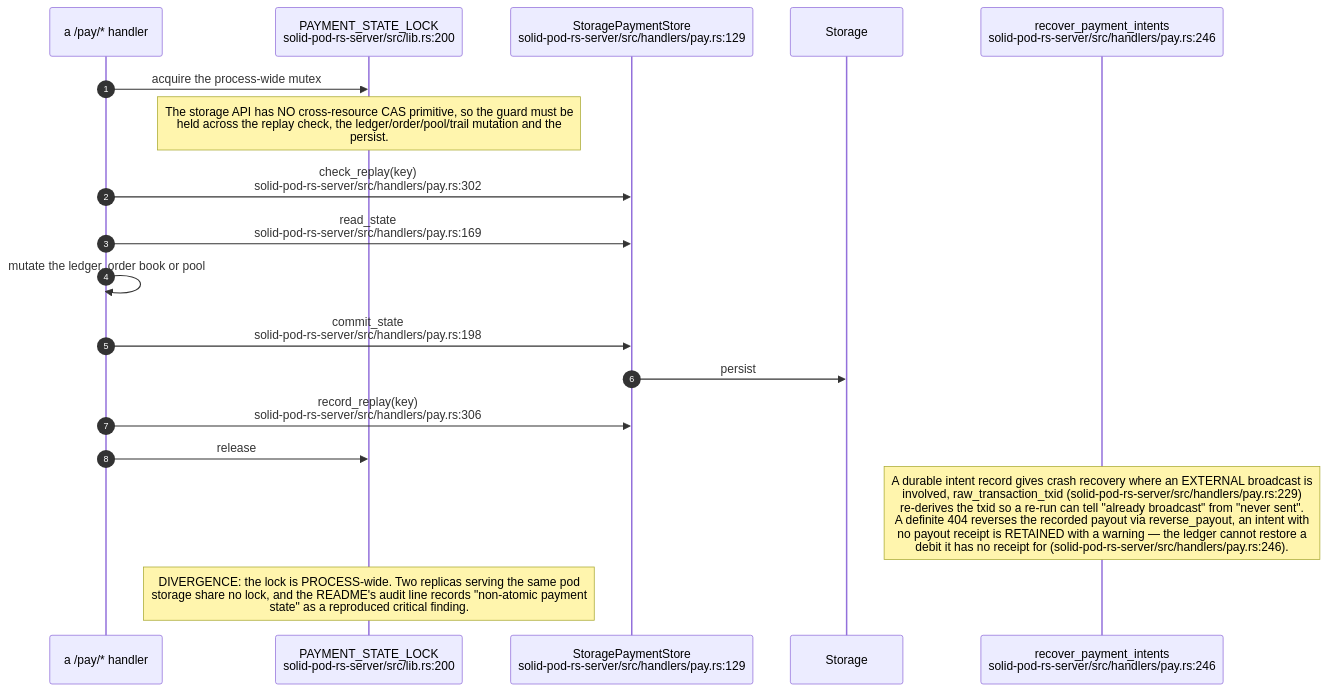
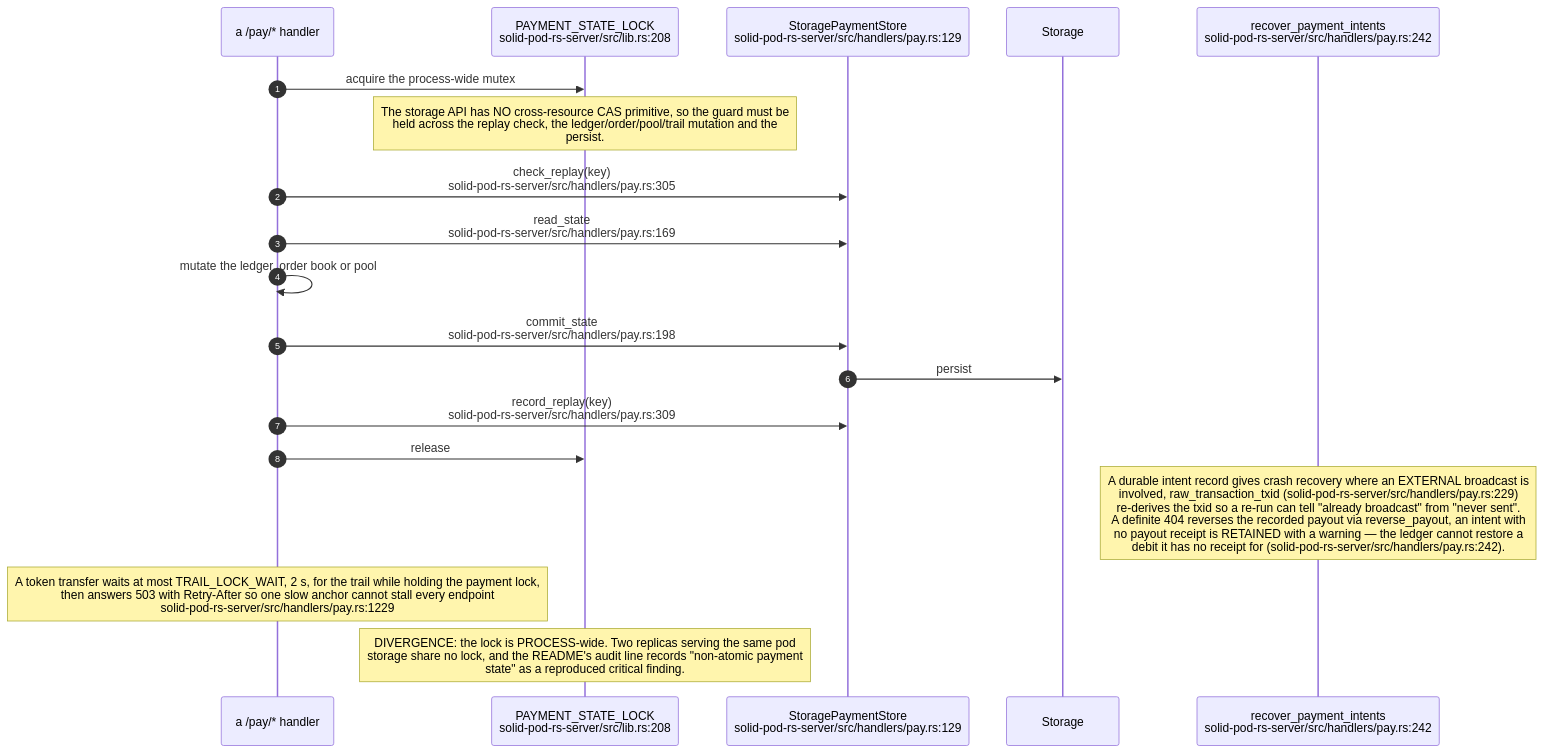
Before and after one commit to DreamLab-AI/VisionFlow: diagram 14 of 19 in docs/diagrams/solid-pod-rs/07-provenance-and-payments.md, drawn with Mermaid. The commit also changed other lines of this file and 160 other files, not shown here.

````diff
--- a/docs/diagrams/solid-pod-rs/07-provenance-and-payments.md
+++ b/docs/diagrams/solid-pod-rs/07-provenance-and-payments.md
@@ -441,22 +452,23 @@
 ```mermaid
 sequenceDiagram
     autonumber
     participant H as a /pay/* handler
-    participant L as PAYMENT_STATE_LOCK<br/>solid-pod-rs-server/src/lib.rs:200
+    participant L as PAYMENT_STATE_LOCK<br/>solid-pod-rs-server/src/lib.rs:208
     participant PS as StoragePaymentStore<br/>solid-pod-rs-server/src/handlers/pay.rs:129
     participant S as Storage
-    participant RC as recover_payment_intents<br/>solid-pod-rs-server/src/handlers/pay.rs:246
+    participant RC as recover_payment_intents<br/>solid-pod-rs-server/src/handlers/pay.rs:242
 
     H->>L: acquire the process-wide mutex
     Note over L: The storage API has NO cross-resource CAS primitive, so the guard must be<br/>held across the replay check, the ledger/order/pool/trail mutation and the<br/>persist.
-    H->>PS: check_replay(key)<br/>solid-pod-rs-server/src/handlers/pay.rs:302
+    H->>PS: check_replay(key)<br/>solid-pod-rs-server/src/handlers/pay.rs:305
     H->>PS: read_state<br/>solid-pod-rs-server/src/handlers/pay.rs:169
     H->>H: mutate the ledger, order book or pool
     H->>PS: commit_state<br/>solid-pod-rs-server/src/handlers/pay.rs:198
     PS->>S: persist
-    H->>PS: record_replay(key)<br/>solid-pod-rs-server/src/handlers/pay.rs:306
+    H->>PS: record_replay(key)<br/>solid-pod-rs-server/src/handlers/pay.rs:309
     H->>L: release
 
-    Note over RC: A durable intent record gives crash recovery where an EXTERNAL broadcast is<br/>involved, raw_transaction_txid (solid-pod-rs-server/src/handlers/pay.rs:229)<br/>re-derives the txid so a re-run can tell "already broadcast" from "never sent".<br/>A definite 404 reverses the recorded payout via reverse_payout, an intent with<br/>no payout receipt is RETAINED with a warning — the ledger cannot restore a<br/>debit it has no receipt for (solid-pod-rs-server/src/handlers/pay.rs:246).
+    Note over RC: A durable intent record gives crash recovery where an EXTERNAL broadcast is<br/>involved, raw_transaction_txid (solid-pod-rs-server/src/handlers/pay.rs:229)<br/>re-derives the txid so a re-run can tell "already broadcast" from "never sent".<br/>A definite 404 reverses the recorded payout via reverse_payout, an intent with<br/>no payout receipt is RETAINED with a warning — the ledger cannot restore a<br/>debit it has no receipt for (solid-pod-rs-server/src/handlers/pay.rs:242).
+    Note over H: A token transfer waits at most TRAIL_LOCK_WAIT, 2 s, for the trail while holding the payment lock,<br/>then answers 503 with Retry-After so one slow anchor cannot stall every endpoint<br/>solid-pod-rs-server/src/handlers/pay.rs:1229
     Note over L: DIVERGENCE: the lock is PROCESS-wide. Two replicas serving the same pod<br/>storage share no lock, and the README's audit line records "non-atomic payment<br/>state" as a reproduced critical finding.
 ```
````
